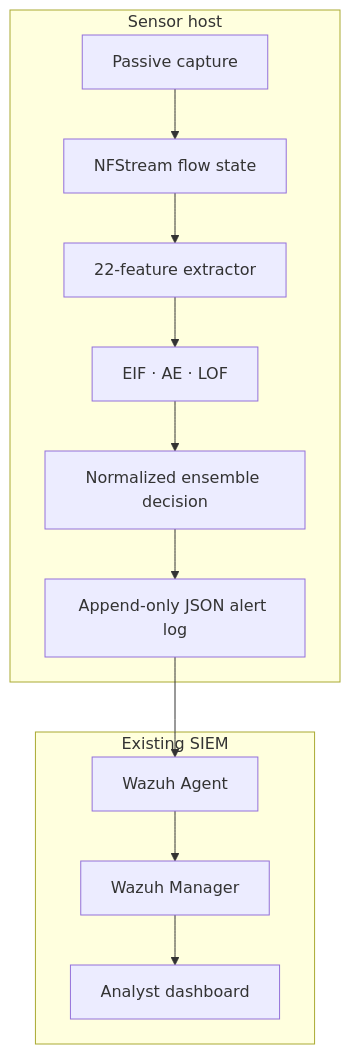
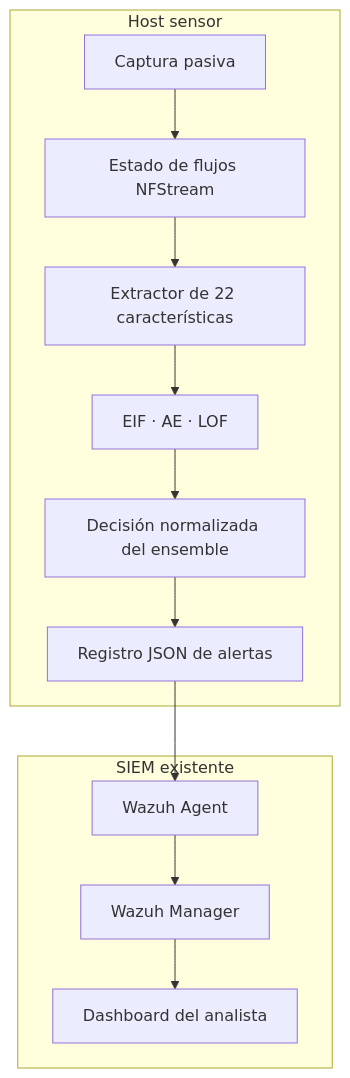
Before and after one commit to schneider121203-oss/sensor-ia-nids_showcase: the diagram in docs/architecture.md, drawn with Mermaid. The commit also changed other lines of this file and 6 other files, not shown here.

````diff
--- a/docs/architecture.md
+++ b/docs/architecture.md
@@ -26,17 +26,17 @@
 ```mermaid
 flowchart TB
-    subgraph Sensor[Sensor host]
-      Capture[Passive capture] --> Flow[NFStream flow state]
-      Flow --> Extractor[22-feature extractor]
+    subgraph Sensor[Host sensor]
+      Capture[Captura pasiva] --> Flow[Estado de flujos NFStream]
+      Flow --> Extractor[Extractor de 22 características]
       Extractor --> Models[EIF · AE · LOF]
-      Models --> Decision[Normalized ensemble decision]
-      Decision --> Log[Append-only JSON alert log]
+      Models --> Decision[Decisión normalizada del ensemble]
+      Decision --> Log[Registro JSON de alertas]
     end
 
-    subgraph SIEM[Existing SIEM]
+    subgraph SIEM[SIEM existente]
       Agent[Wazuh Agent] --> Manager[Wazuh Manager]
-      Manager --> Dashboard[Analyst dashboard]
+      Manager --> Dashboard[Dashboard del analista]
     end
 
     Log --> Agent
 ```
````
